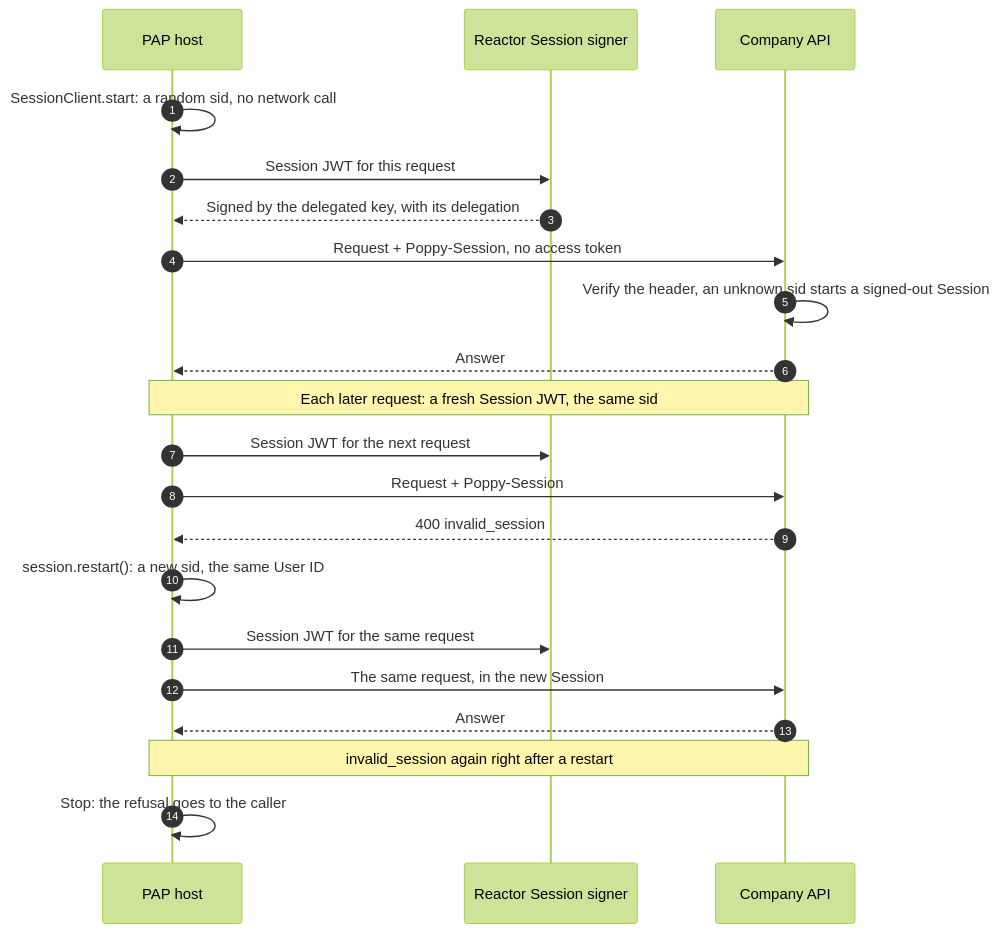
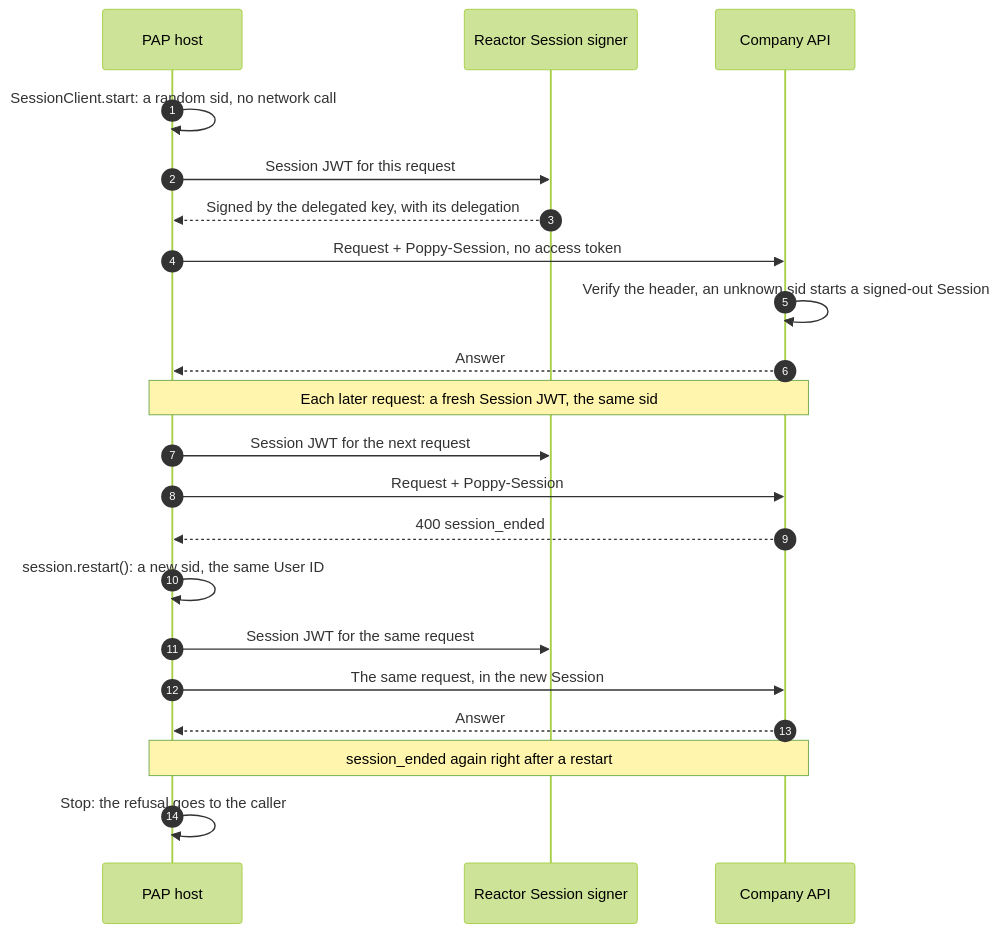
One commit to datalayer/personal-agent-protocol changed the diagram in docs/docs/examples/session-lifecycle.mdx. Above: the diagram before and after it, drawn with Mermaid (forest theme). The commit also changed other lines of this file and 38 other files, not shown here.

````diff
--- a/docs/docs/examples/session-lifecycle.mdx
+++ b/docs/docs/examples/session-lifecycle.mdx
@@ -20,23 +20,23 @@
 ```mermaid
 sequenceDiagram
   autonumber
   participant H as PAP host
   participant S as Reactor Session signer
   participant C as Company API
   H->>H: SessionClient.start: a random sid, no network call
   H->>S: Session JWT for this request
   S-->>H: Signed by the delegated key, with its delegation
   H->>C: Request + Poppy-Session, no access token
   C->>C: Verify the header, an unknown sid starts a signed-out Session
   C-->>H: Answer
   Note over H,C: Each later request: a fresh Session JWT, the same sid
   H->>S: Session JWT for the next request
   H->>C: Request + Poppy-Session
-  C-->>H: 400 invalid_session
+  C-->>H: 400 session_ended
   H->>H: session.restart(): a new sid, the same User ID
   H->>S: Session JWT for the same request
   H->>C: The same request, in the new Session
   C-->>H: Answer
-  Note over H,C: invalid_session again right after a restart
+  Note over H,C: session_ended again right after a restart
   H->>H: Stop: the refusal goes to the caller
 ```
````
